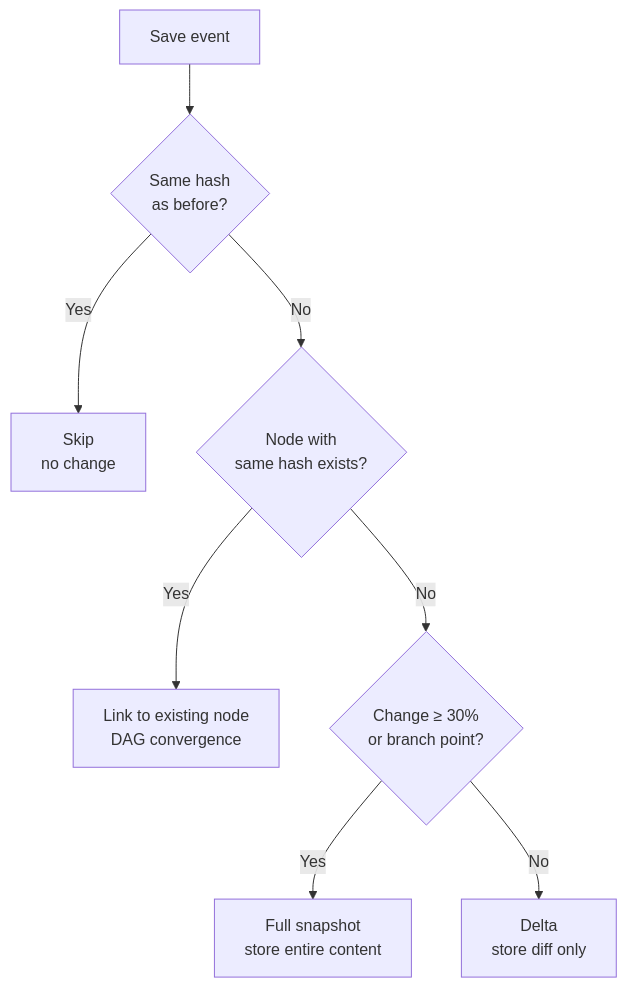
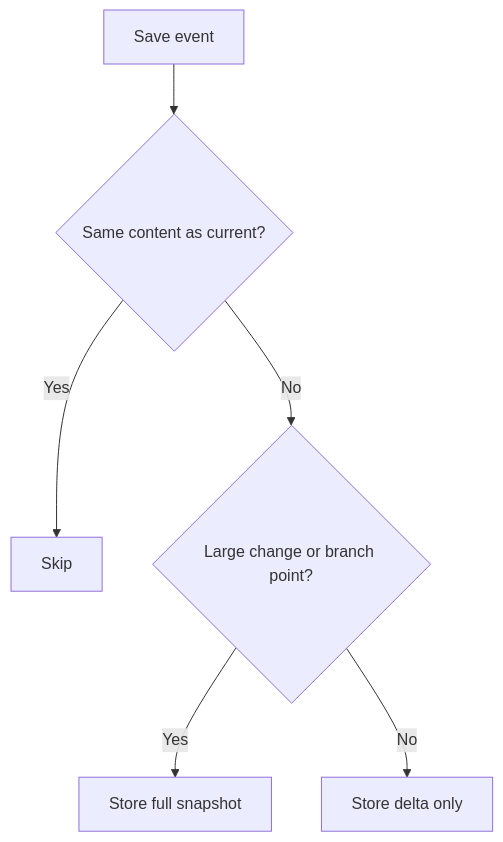
The fifth of 6 diagrams in README.md (mmiyaji/vscode-undotree), drawn with Mermaid before and after one commit. The commit also changed other lines of this file and 10 other files, not shown here.

````diff
--- a/README.md
+++ b/README.md
@@ -154,10 +201,8 @@
 ```mermaid
 flowchart TD
-  save[Save event] --> hash{Same hash\nas before?}
-  hash -->|Yes| skip[Skip\nno change]
-  hash -->|No| exist{Node with\nsame hash exists?}
-  exist -->|Yes| link[Link to existing node\nDAG convergence]
-  exist -->|No| ratio{Change ≥ 30%\nor branch point?}
-  ratio -->|Yes| full[Full snapshot\nstore entire content]
-  ratio -->|No| delta[Delta\nstore diff only]
+  save["Save event"] --> same{"Same content as current?"}
+  same -->|Yes| skip["Skip"]
+  same -->|No| ratio{"Large change or branch point?"}
+  ratio -->|Yes| full["Store full snapshot"]
+  ratio -->|No| delta["Store delta only"]
 ```
````
